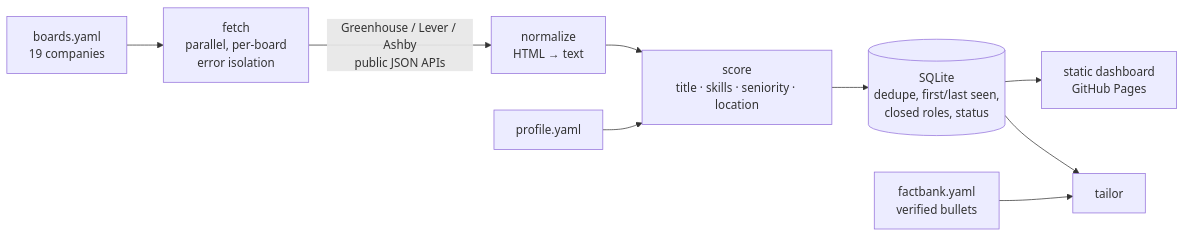
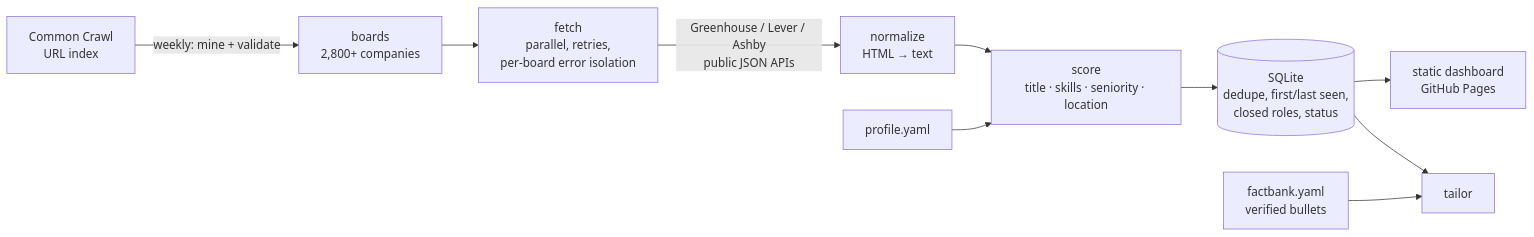
One commit to SnigdhaSrivastva/jobradar changed the diagram in README.md. Above: the diagram before and after it, drawn with Mermaid. The commit also changed other lines of this file and 10 other files, not shown here.

First line of the commit message:
Discover company boards at scale from Common Crawl; dashboard and fetch upgrades

````diff
--- a/README.md
+++ b/README.md
@@ -15,11 +15,12 @@
 ```mermaid
 flowchart LR
-    B[boards.yaml<br/>19 companies] --> F[fetch<br/>parallel, per-board<br/>error isolation]
+    CC[Common Crawl<br/>URL index] -->|weekly: mine + validate| B[boards<br/>2,800+ companies]
+    B --> F[fetch<br/>parallel, retries,<br/>per-board error isolation]
     F -->|Greenhouse / Lever / Ashby<br/>public JSON APIs| N[normalize<br/>HTML → text]
     N --> S[score<br/>title · skills · seniority · location]
     P[profile.yaml] --> S
     S --> DB[(SQLite<br/>dedupe, first/last seen,<br/>closed roles, status)]
     DB --> R[static dashboard<br/>GitHub Pages]
     DB --> T[tailor]
     FB[factbank.yaml<br/>verified bullets] --> T
 ```
````
